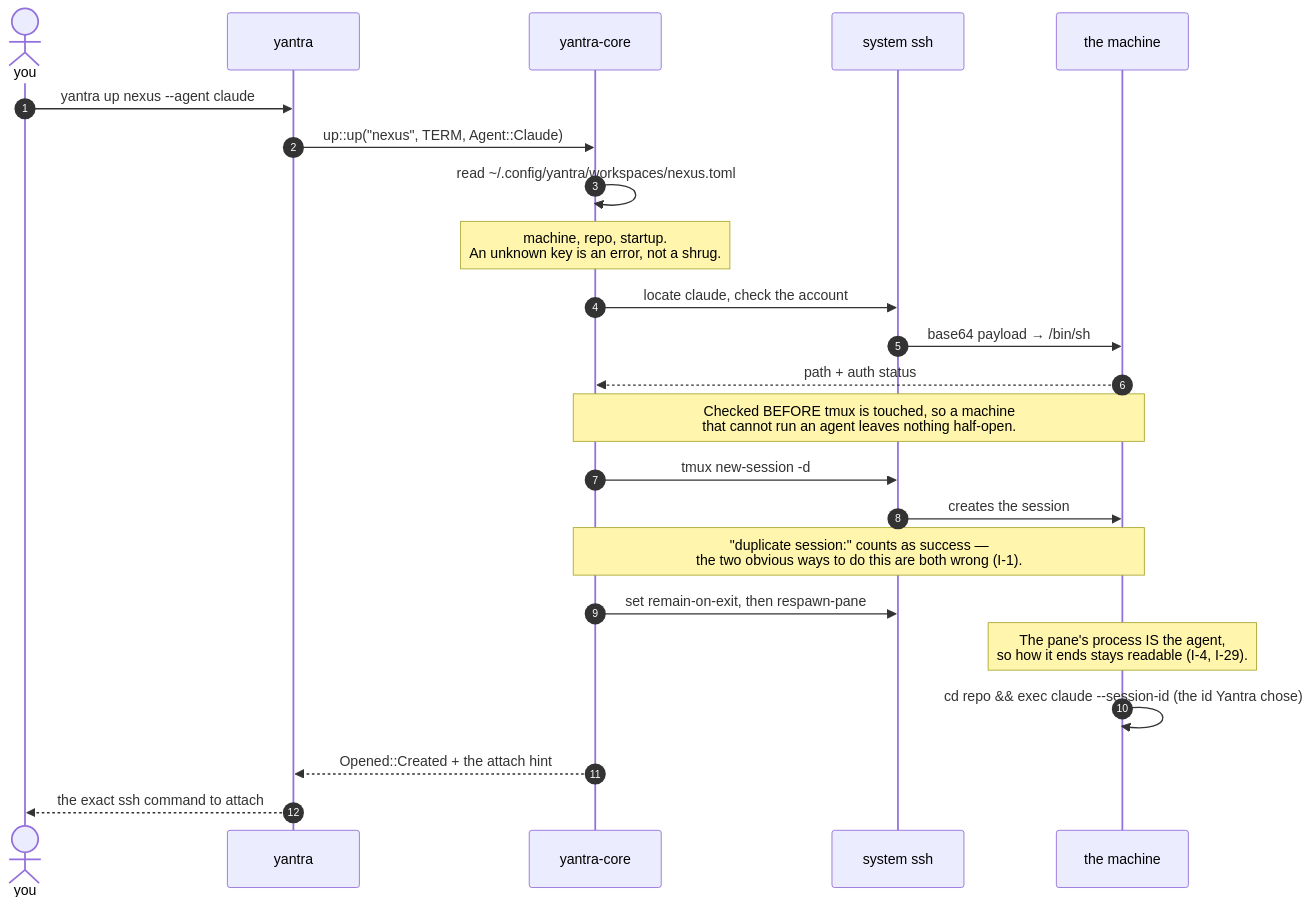
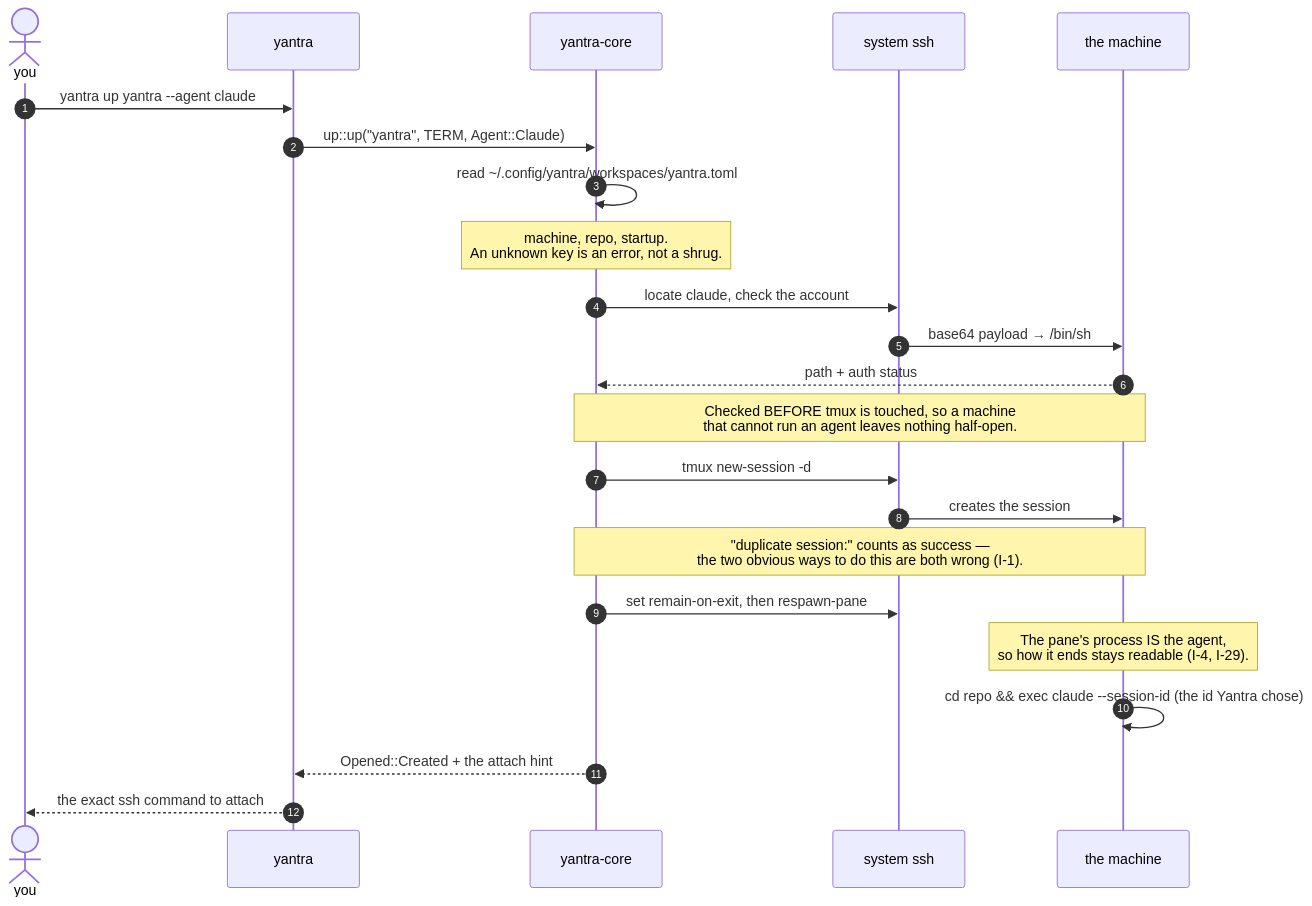
One commit to 2002Bishwajeet/yantra changed the second of 7 diagrams in docs/architecture.md. Above: the diagram before and after it, drawn with Mermaid. The commit also changed 5 other files, not shown here.

````diff
--- a/docs/architecture.md
+++ b/docs/architecture.md
@@ -73,30 +73,30 @@
 ```mermaid
 sequenceDiagram
     autonumber
     actor you
     participant cli as yantra
     participant core as yantra-core
     participant ssh as system ssh
     participant mach as the machine
 
-    you->>cli: yantra up nexus --agent claude
-    cli->>core: up::up("nexus", TERM, Agent::Claude)
-    core->>core: read ~/.config/yantra/workspaces/nexus.toml
+    you->>cli: yantra up yantra --agent claude
+    cli->>core: up::up("yantra", TERM, Agent::Claude)
+    core->>core: read ~/.config/yantra/workspaces/yantra.toml
     Note over core: machine, repo, startup.<br/>An unknown key is an error, not a shrug.
 
     core->>ssh: locate claude, check the account
     ssh->>mach: base64 payload → /bin/sh
     mach-->>core: path + auth status
     Note over core,mach: Checked BEFORE tmux is touched, so a machine<br/>that cannot run an agent leaves nothing half-open.
 
     core->>ssh: tmux new-session -d
     ssh->>mach: creates the session
     Note over core,mach: "duplicate session:" counts as success —<br/>the two obvious ways to do this are both wrong (I-1).
 
     core->>ssh: set remain-on-exit, then respawn-pane
     Note over mach: The pane's process IS the agent,<br/>so how it ends stays readable (I-4, I-29).
     mach->>mach: cd repo && exec claude --session-id (the id Yantra chose)
 
     core-->>cli: Opened::Created + the attach hint
     cli-->>you: the exact ssh command to attach
 ```
````
